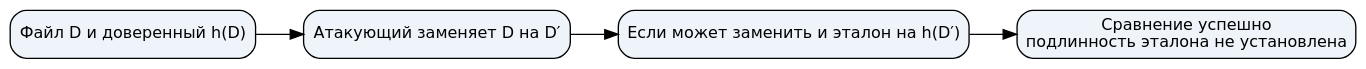
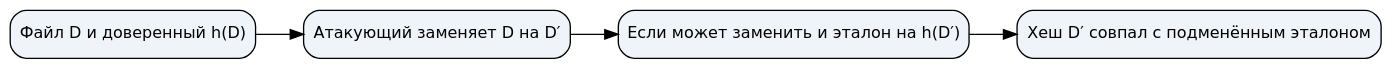
One commit to BSU-RFCT-Afonenko-Courses/Cybersecurity changed the diagram in shared/visualizations/data-integrity/graphs/reference-replacement.dot. Above: the diagram before and after it, drawn with Graphviz. The commit also changed 105 other files, not shown here.

```diff
--- a/shared/visualizations/data-integrity/graphs/reference-replacement.dot
+++ b/shared/visualizations/data-integrity/graphs/reference-replacement.dot
@@ -1,12 +1,12 @@
 digraph G {
  graph [rankdir=LR, bgcolor="transparent", pad="0.2", splines=polyline];
  node [shape=box, style="rounded,filled", fillcolor="#eef4fa", fontname="DejaVu Sans", fontsize=12];
  edge [fontname="DejaVu Sans", fontsize=10];
  "n0" [id="n0", label="Файл D и доверенный h(D)"];
  "n1" [id="n1", label="Атакующий заменяет D на D′"];
  "n2" [id="n2", label="Если может заменить и эталон на h(D′)"];
- "n3" [id="n3", label="Сравнение успешно\nподлинность эталона не установлена"];
+ "n3" [id="n3", label="Хеш D′ совпал с подменённым эталоном"];
  "n0" -> "n1" [label=""];
  "n1" -> "n2" [label=""];
  "n2" -> "n3" [label=""];
 }
```
